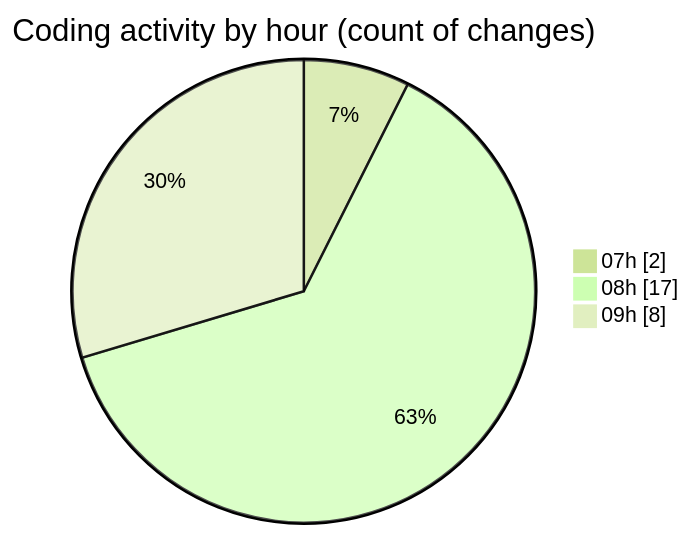
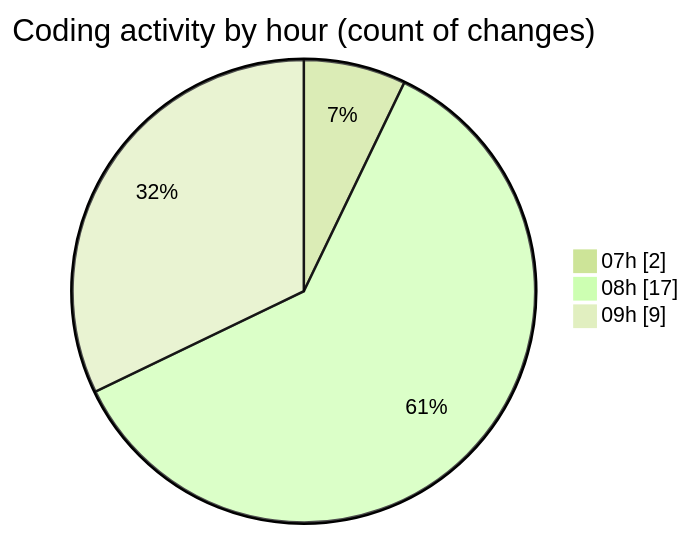
Before and after one commit to robertbonfada/code-tracking: the second of 2 diagrams in 2025-03-11/termonied_testador/README.md, drawn with Mermaid (forest theme). The commit also changed other lines of this file and 1 other file, not shown here.

````diff
--- a/2025-03-11/termonied_testador/README.md
+++ b/2025-03-11/termonied_testador/README.md
@@ -38,7 +38,7 @@
 ```mermaid
 pie showData
 title Coding activity by hour (count of changes)
 "07h" : 2
 "08h" : 17
-"09h" : 8
+"09h" : 9
 ```
````
